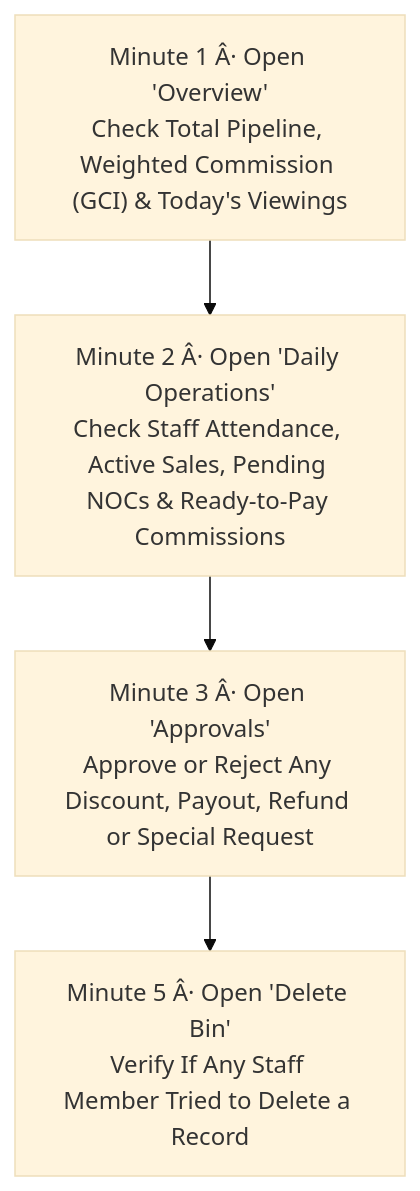
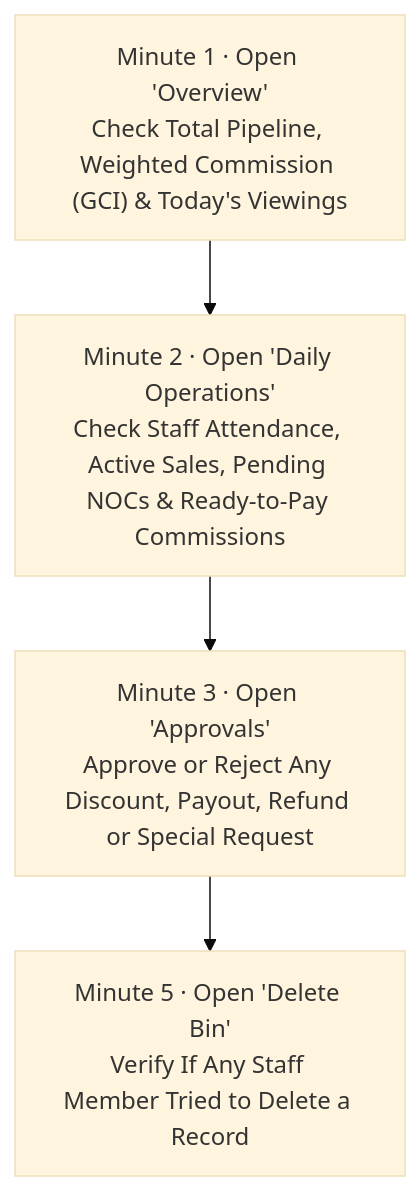
One commit to swkpropertiesuae/swkpropertiesOS changed the second of 2 diagrams in docs/OWNER_MASTER_HANDBOOK.md. Above: the diagram before and after it, drawn with Mermaid (base theme). The commit also changed other lines of this file and 1 other file, not shown here.

Commit message:
docs: update 15-page print-ready Owner Master Handbook PDF and IP Valuation Dossier

````diff
--- a/docs/OWNER_MASTER_HANDBOOK.md
+++ b/docs/OWNER_MASTER_HANDBOOK.md
@@ -141,6 +141,6 @@
 ```mermaid
 flowchart TD
-  S1["Minute 1 Â· Open 'Overview'\nCheck Total Pipeline, Weighted Commission (GCI) & Today's Viewings"] --> S2["Minute 2 Â· Open 'Daily Operations'\nCheck Staff Attendance, Active Sales, Pending NOCs & Ready-to-Pay Commissions"]
-  S2 --> S3["Minute 3 Â· Open 'Approvals'\nApprove or Reject Any Discount, Payout, Refund or Special Request"]
-  S3 --> S4["Minute 5 Â· Open 'Delete Bin'\nVerify If Any Staff Member Tried to Delete a Record"]
+  S1["Minute 1 · Open 'Overview'\nCheck Total Pipeline, Weighted Commission (GCI) & Today's Viewings"] --> S2["Minute 2 · Open 'Daily Operations'\nCheck Staff Attendance, Active Sales, Pending NOCs & Ready-to-Pay Commissions"]
+  S2 --> S3["Minute 3 · Open 'Approvals'\nApprove or Reject Any Discount, Payout, Refund or Special Request"]
+  S3 --> S4["Minute 5 · Open 'Delete Bin'\nVerify If Any Staff Member Tried to Delete a Record"]
 ```
````
